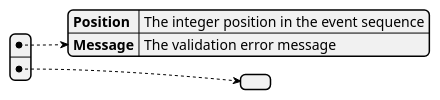
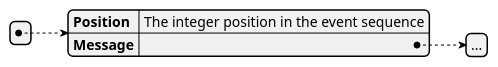
One commit to joost-morsink/FF-admin-module changed the diagram in wiki/models/validation_errors.md. Above: the diagram before and after it, drawn with PlantUML. The commit also changed 21 other files, not shown here.

````diff
--- a/wiki/models/validation_errors.md
+++ b/wiki/models/validation_errors.md
@@ -15,7 +15,7 @@
 ```plantuml
 @startyaml
 - Position: The integer position in the event sequence
   Message: The validation error message
--
+- ...
 @endyaml
 ```
````
